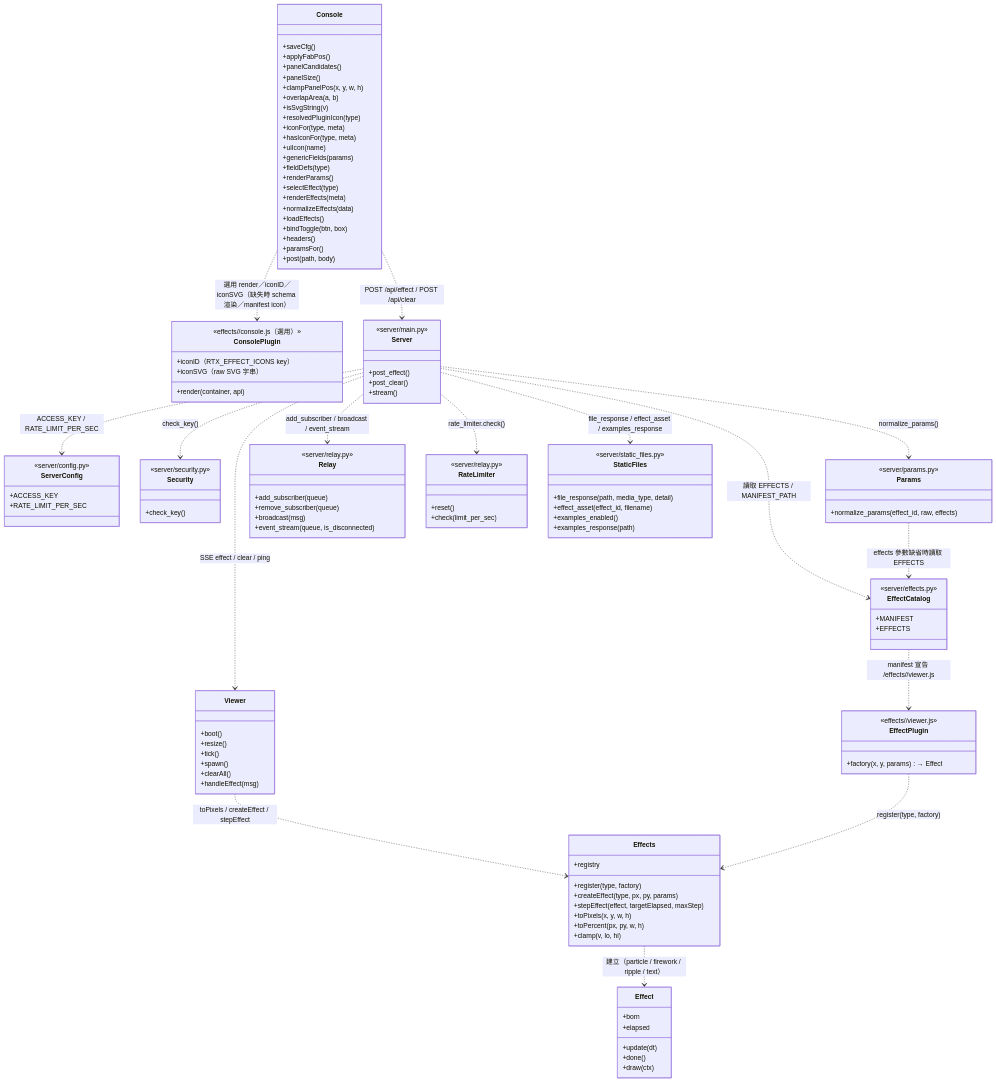
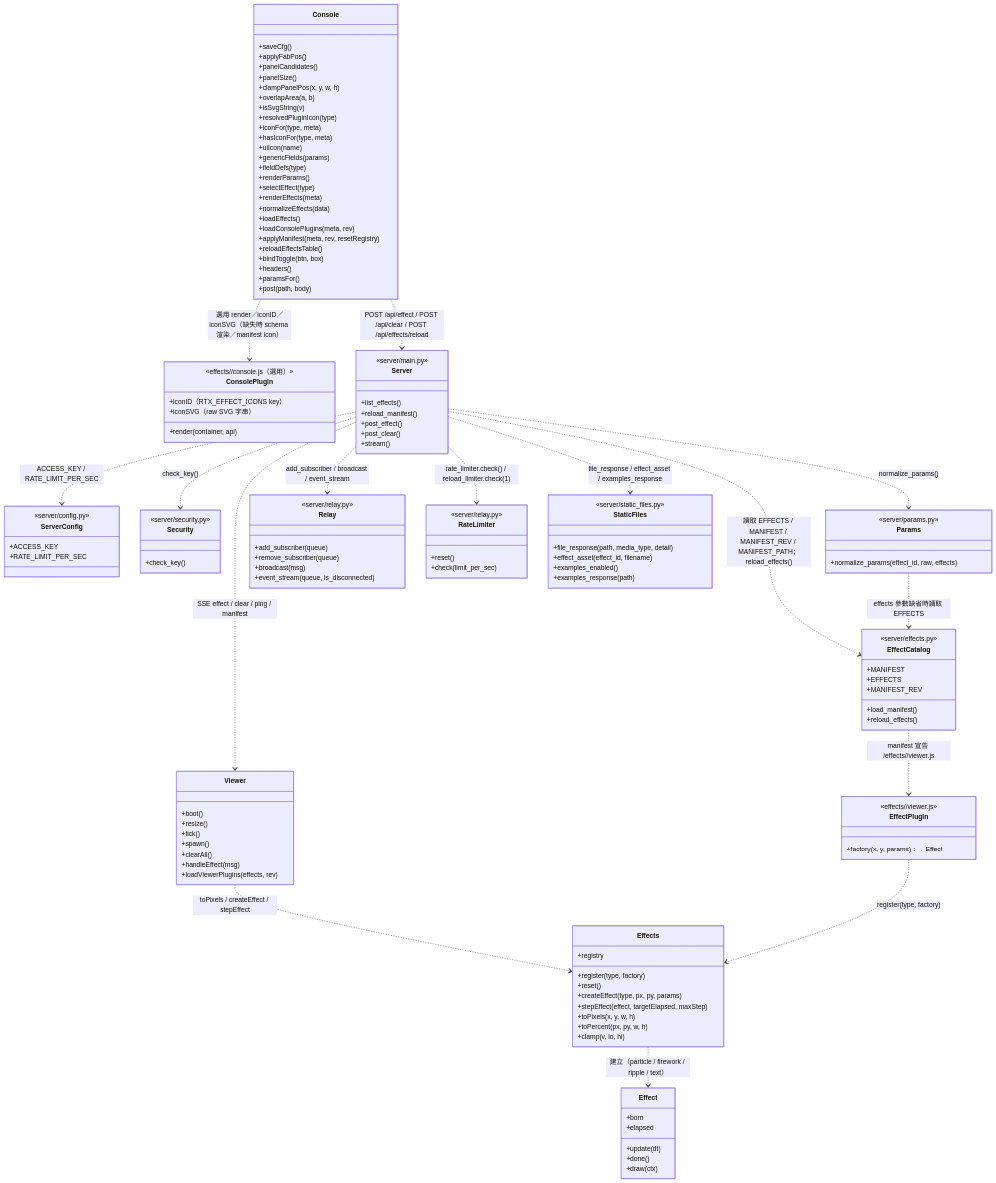
One commit to zivngit/Real-time-Interaction-html changed the fifth of 6 diagrams in docs/agents/CALL_GRAPH.md. Above: the diagram before and after it, drawn with Mermaid. The commit also changed other lines of this file and 14 other files, not shown here.

First line of the commit message:
feat(effects): 新增 manifest 手動重載與 POST 金鑰 header-only

````diff
--- a/docs/agents/CALL_GRAPH.md
+++ b/docs/agents/CALL_GRAPH.md
@@ -150,6 +166,7 @@
     class Effects {
         +registry
         +register(type, factory)
+        +reset()
         +createEffect(type, px, py, params)
         +stepEffect(effect, targetElapsed, maxStep)
         +toPixels(x, y, w, h)
@@ -180,11 +197,15 @@
         +spawn()
         +clearAll()
         +handleEffect(msg)
+        +loadViewerPlugins(effects, rev)
     }
     class EffectCatalog {
         <<server/effects.py>>
         +MANIFEST
         +EFFECTS
+        +MANIFEST_REV
+        +load_manifest()
+        +reload_effects()
     }
     class ServerConfig {
         <<server/config.py>>
@@ -220,6 +241,8 @@
     }
     class Server {
         <<server/main.py>>
+        +list_effects()
+        +reload_manifest()
         +post_effect()
         +post_clear()
         +stream()
@@ -243,6 +266,9 @@
         +renderEffects(meta)
         +normalizeEffects(data)
         +loadEffects()
+        +loadConsolePlugins(meta, rev)
+        +applyManifest(meta, rev, resetRegistry)
+        +reloadEffectsTable()
         +bindToggle(btn, box)
         +headers()
         +paramsFor()
@@ -252,15 +278,15 @@
     EffectPlugin ..> Effects : register(type, factory)
     Effects ..> Effect : 建立（particle / firework / ripple / text）
     Console ..> ConsolePlugin : 選用 render／iconID／iconSVG（缺失時 schema 渲染／manifest icon）
-    Console ..> Server : POST /api/effect / POST /api/clear
-    Server ..> EffectCatalog : 讀取 EFFECTS / MANIFEST_PATH
+    Console ..> Server : POST /api/effect / POST /api/clear / POST /api/effects/reload
+    Server ..> EffectCatalog : 讀取 EFFECTS / MANIFEST / MANIFEST_REV / MANIFEST_PATH；reload_effects()
     Server ..> ServerConfig : ACCESS_KEY / RATE_LIMIT_PER_SEC
     Server ..> Security : check_key()
     Server ..> Params : normalize_params()
     Server ..> Relay : add_subscriber / broadcast / event_stream
-    Server ..> RateLimiter : rate_limiter.check()
+    Server ..> RateLimiter : rate_limiter.check() / reload_limiter.check(1)
     Server ..> StaticFiles : file_response / effect_asset / examples_response
     Params ..> EffectCatalog : effects 參數缺省時讀取 EFFECTS
     EffectCatalog ..> EffectPlugin : manifest 宣告 /effects/<id>/viewer.js
-    Server ..> Viewer : SSE effect / clear / ping
+    Server ..> Viewer : SSE effect / clear / ping / manifest
 ```
````
